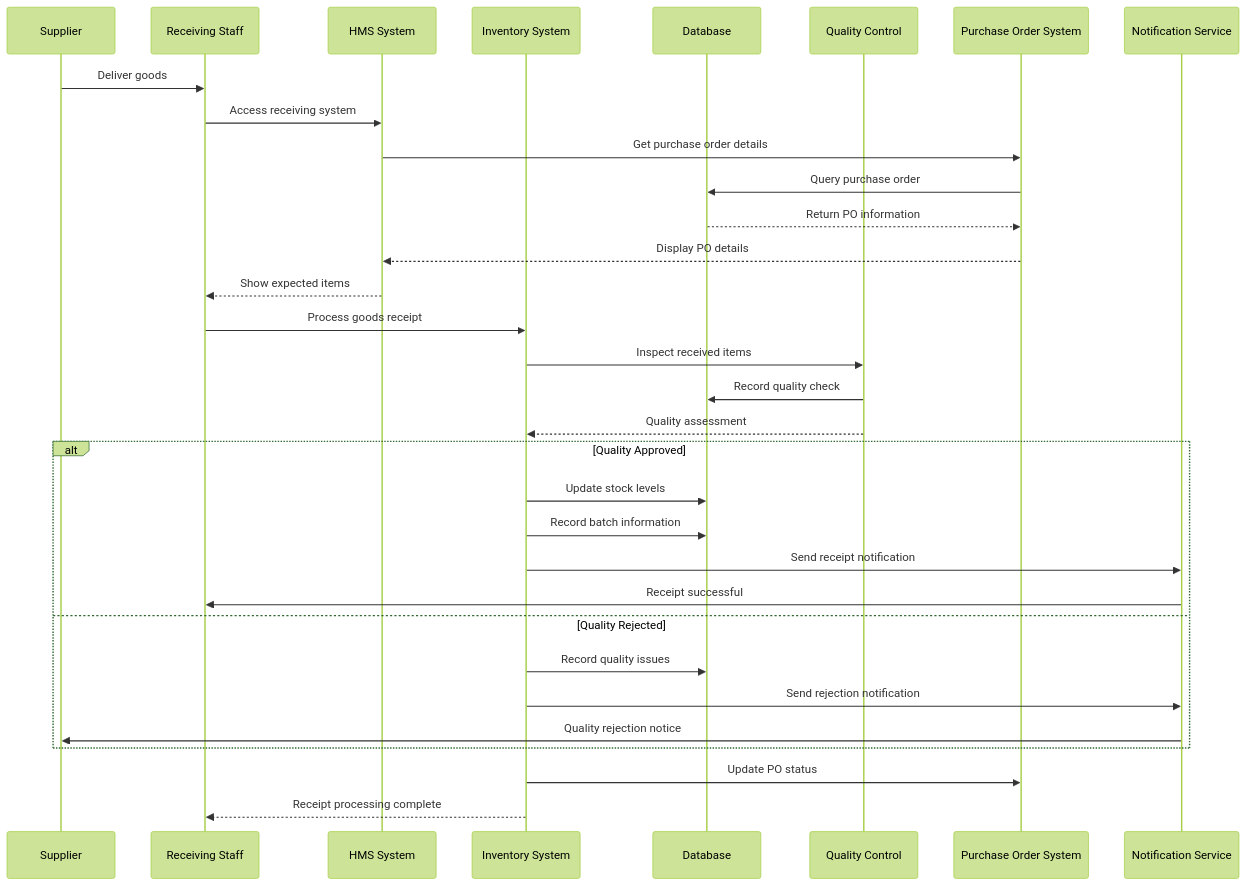
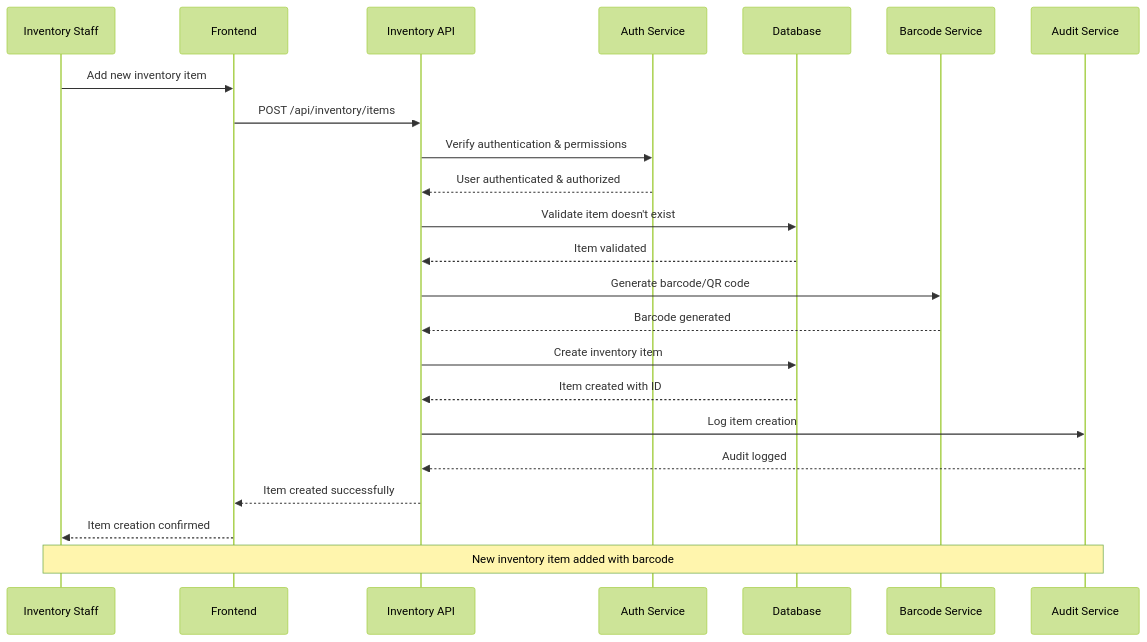
The first of 10 diagrams in sequence-diagrams/inventory-management-sequence.md (harcop/limises), drawn with Mermaid (forest theme) before and after one commit. The commit also changed other lines of this file and 6 other files, not shown here.

````diff
--- a/sequence-diagrams/inventory-management-sequence.md
+++ b/sequence-diagrams/inventory-management-sequence.md
@@ -5,35 +5,33 @@
 ```mermaid
 sequenceDiagram
-    participant SUPPLIER as Supplier
-    participant RECEIVING as Receiving Staff
-    participant HMS as HMS System
-    participant INVENTORY as Inventory System
+    participant Staff as Inventory Staff
+    participant Frontend as Frontend
+    participant API as Inventory API
+    participant Auth as Auth Service
     participant DB as Database
-    participant QC as Quality Control
-    participant PO as Purchase Order System
-    participant NOT as Notification Service
+    participant Barcode as Barcode Service
+    participant Audit as Audit Service
 
-    SUPPLIER->>RECEIVING: Deliver goods
-    RECEIVING->>HMS: Access receiving system
-    HMS->>PO: Get purchase order details
-    PO->>DB: Query purchase order
-    DB-->>PO: Return PO information
-    PO-->>HMS: Display PO details
-    HMS-->>RECEIVING: Show expected items
-    RECEIVING->>INVENTORY: Process goods receipt
-    INVENTORY->>QC: Inspect received items
-    QC->>DB: Record quality check
-    QC-->>INVENTORY: Quality assessment
-    alt Quality Approved
-        INVENTORY->>DB: Update stock levels
-        INVENTORY->>DB: Record batch information
-        INVENTORY->>NOT: Send receipt notification
-        NOT->>RECEIVING: Receipt successful
-    else Quality Rejected
-        INVENTORY->>DB: Record quality issues
-        INVENTORY->>NOT: Send rejection notification
-        NOT->>SUPPLIER: Quality rejection notice
-    end
-    INVENTORY->>PO: Update PO status
-    INVENTORY-->>RECEIVING: Receipt processing complete
+    Staff->>Frontend: Add new inventory item
+    Frontend->>API: POST /api/inventory/items
+    
+    API->>Auth: Verify authentication & permissions
+    Auth-->>API: User authenticated & authorized
+    
+    API->>DB: Validate item doesn't exist
+    DB-->>API: Item validated
+    
+    API->>Barcode: Generate barcode/QR code
+    Barcode-->>API: Barcode generated
+    
+    API->>DB: Create inventory item
+    DB-->>API: Item created with ID
+    
+    API->>Audit: Log item creation
+    Audit-->>API: Audit logged
+    
+    API-->>Frontend: Item created successfully
+    Frontend-->>Staff: Item creation confirmed
+    
+    Note over Staff, Audit: New inventory item added with barcode
 ```
````
